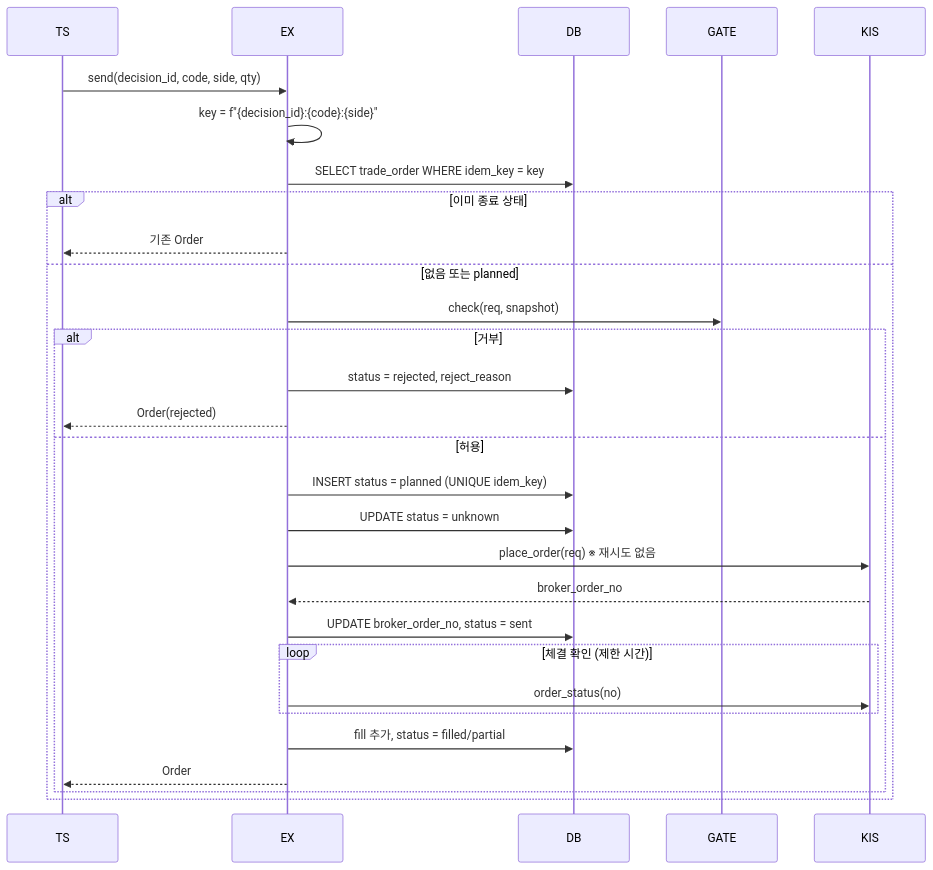
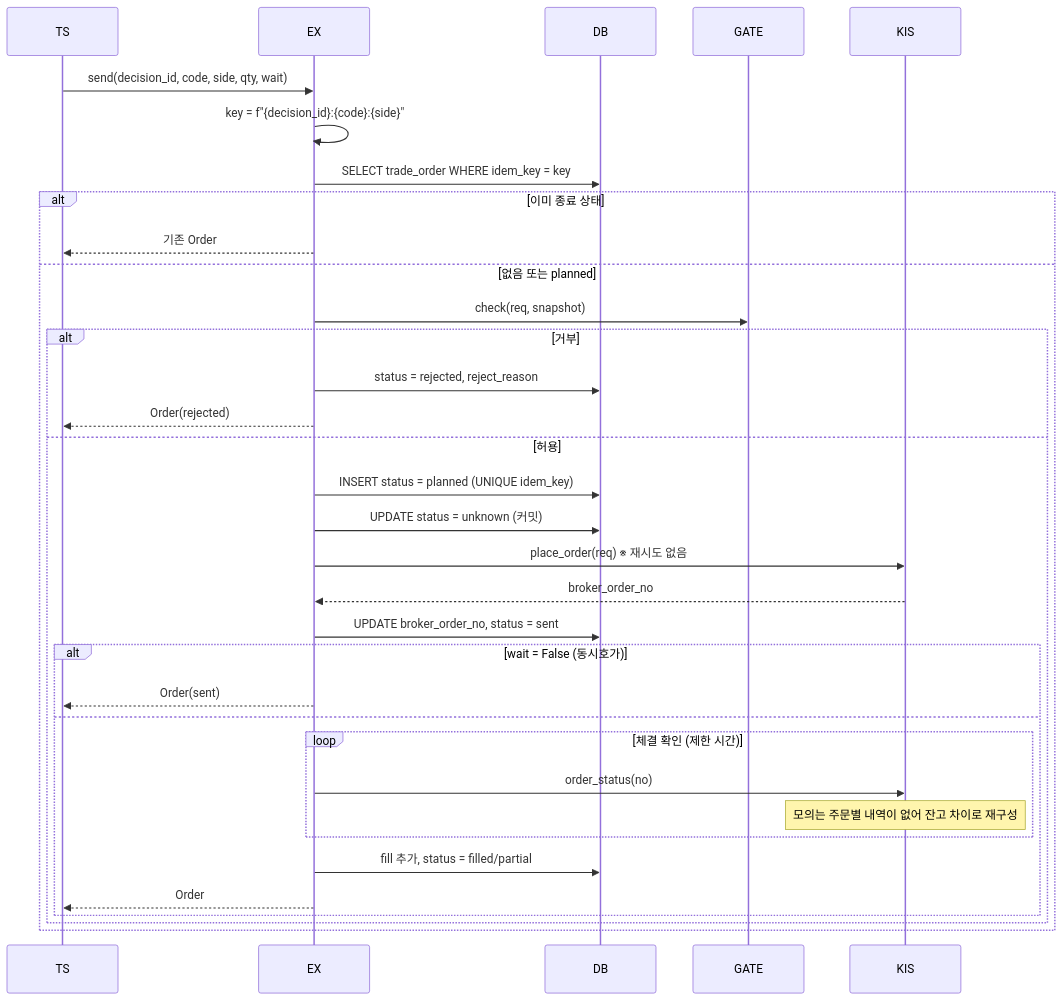
One commit to HoyoungParkme/quant-rebalance-bot changed the third of 6 diagrams in docs/specs/09-SEQ/QBOT-SEQ-001.md. Above: the diagram before and after it, drawn with Mermaid. The commit also changed other lines of this file, not shown here.

````diff
--- a/docs/specs/09-SEQ/QBOT-SEQ-001.md
+++ b/docs/specs/09-SEQ/QBOT-SEQ-001.md
@@ -116,31 +130,36 @@
 ```mermaid
 sequenceDiagram
   participant TS
   participant EX
   participant DB
   participant GATE
   participant KIS
-  TS->>EX: send(decision_id, code, side, qty)
+  TS->>EX: send(decision_id, code, side, qty, wait)
   EX->>EX: key = f"{decision_id}:{code}:{side}"
   EX->>DB: SELECT trade_order WHERE idem_key = key
   alt 이미 종료 상태
     EX-->>TS: 기존 Order
   else 없음 또는 planned
     EX->>GATE: check(req, snapshot)
     alt 거부
       EX->>DB: status = rejected, reject_reason
       EX-->>TS: Order(rejected)
     else 허용
       EX->>DB: INSERT status = planned (UNIQUE idem_key)
-      EX->>DB: UPDATE status = unknown
+      EX->>DB: UPDATE status = unknown (커밋)
       EX->>KIS: place_order(req)  ※ 재시도 없음
       KIS-->>EX: broker_order_no
       EX->>DB: UPDATE broker_order_no, status = sent
-      loop 체결 확인 (제한 시간)
-        EX->>KIS: order_status(no)
+      alt wait = False (동시호가)
+        EX-->>TS: Order(sent)
+      else
+        loop 체결 확인 (제한 시간)
+          EX->>KIS: order_status(no)
+          Note over KIS: 모의는 주문별 내역이 없어 잔고 차이로 재구성
+        end
+        EX->>DB: fill 추가, status = filled/partial
+        EX-->>TS: Order
       end
-      EX->>DB: fill 추가, status = filled/partial
-      EX-->>TS: Order
     end
   end
 ```
````
